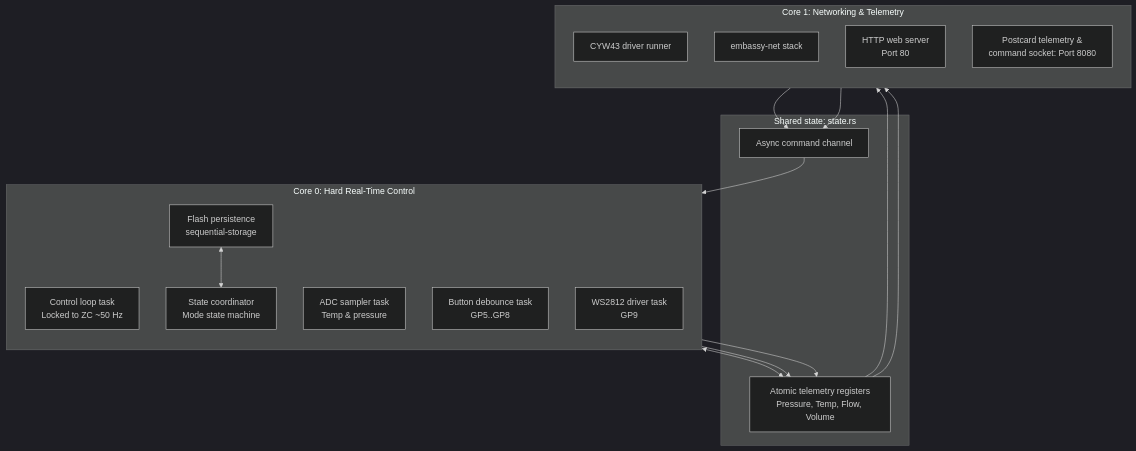
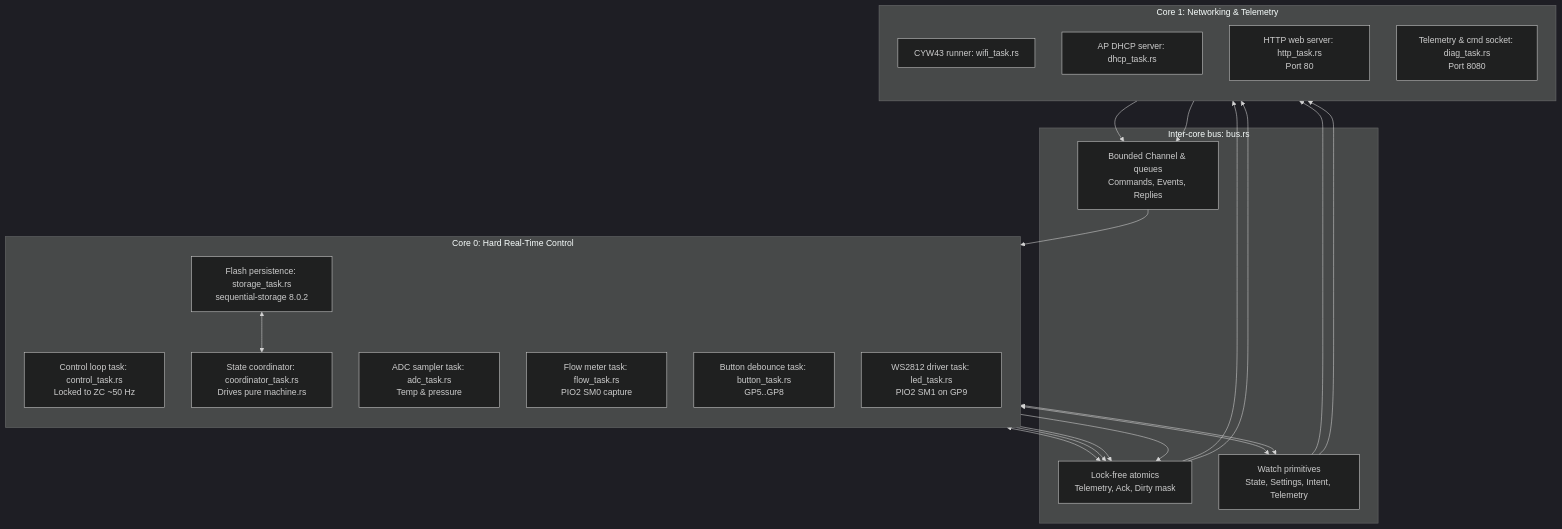
The diagram in docs/firmware.md (pchala/oximite), drawn with Mermaid (dark theme) before and after one commit. The commit also changed other lines of this file and 108 other files, not shown here.

Commit message:
Refactor firmware architecture, add proto/host-tests/control crates, and harden Wi-Fi reconnect

````diff
--- a/docs/firmware.md
+++ b/docs/firmware.md
@@ -16,36 +15,43 @@
 ```mermaid
 flowchart TB
     subgraph Core0[Core 0: Hard Real-Time Control]
         direction TB
-        ZC_TASK[Control loop task<br/>Locked to ZC ~50 Hz]
-        ADC_TASK[ADC sampler task<br/>Temp & pressure]
-        COORD[State coordinator<br/>Mode state machine]
-        BTN[Button debounce task<br/>GP5..GP8]
-        LED[WS2812 driver task<br/>GP9]
-        FLASH_OWNER[Flash persistence<br/>sequential-storage]
+        ZC_TASK[Control loop task: control_task.rs<br/>Locked to ZC ~50 Hz]
+        ADC_TASK[ADC sampler task: adc_task.rs<br/>Temp & pressure]
+        FLOW_TASK[Flow meter task: flow_task.rs<br/>PIO2 SM0 capture]
+        COORD[State coordinator: coordinator_task.rs<br/>Drives pure machine.rs]
+        BTN[Button debounce task: button_task.rs<br/>GP5..GP8]
+        LED[WS2812 driver task: led_task.rs<br/>PIO2 SM1 on GP9]
+        FLASH_OWNER[Flash persistence: storage_task.rs<br/>sequential-storage 8.0.2]
     end
 
     subgraph Core1[Core 1: Networking & Telemetry]
         direction TB
-        CYW[CYW43 driver runner]
-        NET[embassy-net stack]
-        HTTP[HTTP web server<br/>Port 80]
-        SOCKET[Postcard telemetry &<br/>command socket: Port 8080]
+        CYW[CYW43 runner: wifi_task.rs]
+        DHCP[AP DHCP server: dhcp_task.rs]
+        HTTP[HTTP web server: http_task.rs<br/>Port 80]
+        SOCKET[Telemetry & cmd socket: diag_task.rs<br/>Port 8080]
     end
 
-    subgraph Shared[Shared state: state.rs]
-        ATOMICS[Atomic telemetry registers<br/>Pressure, Temp, Flow, Volume]
-        CMD_CH[Async command channel]
+    subgraph Shared[Inter-core bus: bus.rs]
+        ATOMICS[Lock-free atomics<br/>Telemetry, Ack, Dirty mask]
+        WATCH[Watch primitives<br/>State, Settings, Intent, Telemetry]
+        CMD_CH[Bounded Channel & queues<br/>Commands, Events, Replies]
     end
 
     ZC_TASK <--> ATOMICS
+    ZC_TASK <--> WATCH
     ADC_TASK --> ATOMICS
+    FLOW_TASK --> ATOMICS
     COORD --> ATOMICS
+    COORD <--> WATCH
     CMD_CH --> COORD
     FLASH_OWNER <--> COORD
 
     ATOMICS --> HTTP
     ATOMICS --> SOCKET
+    WATCH --> HTTP
+    WATCH --> SOCKET
     SOCKET --> CMD_CH
     HTTP --> CMD_CH
 ```
````
